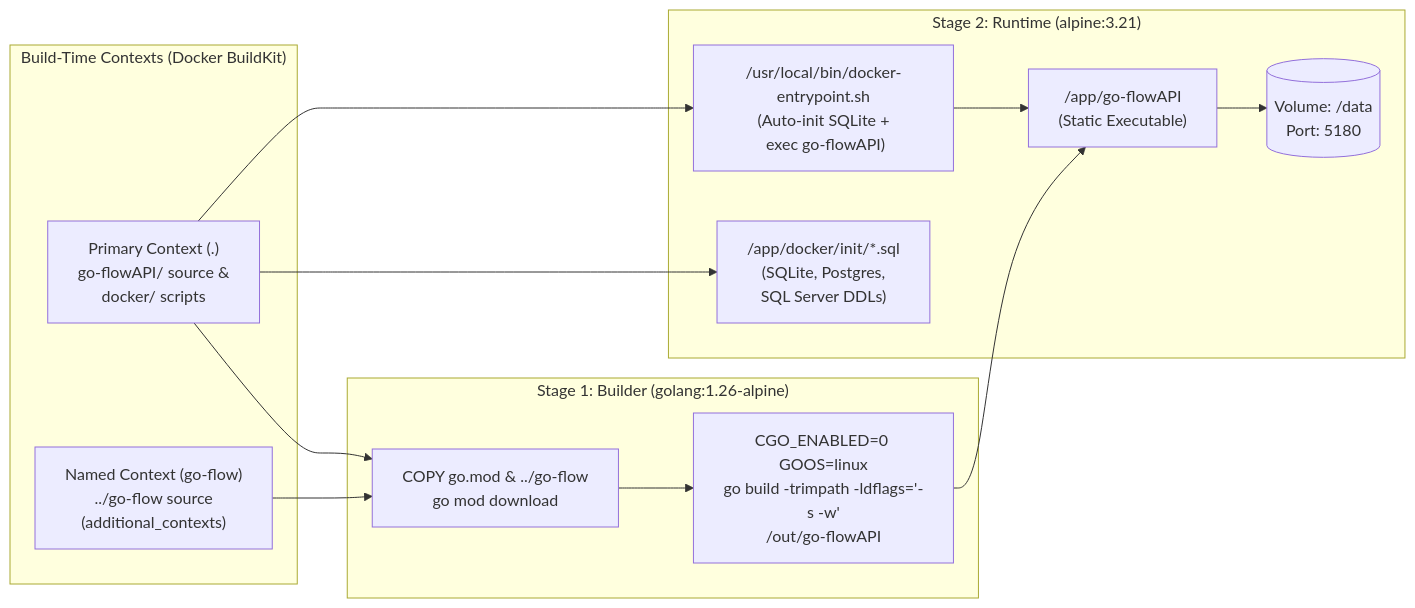
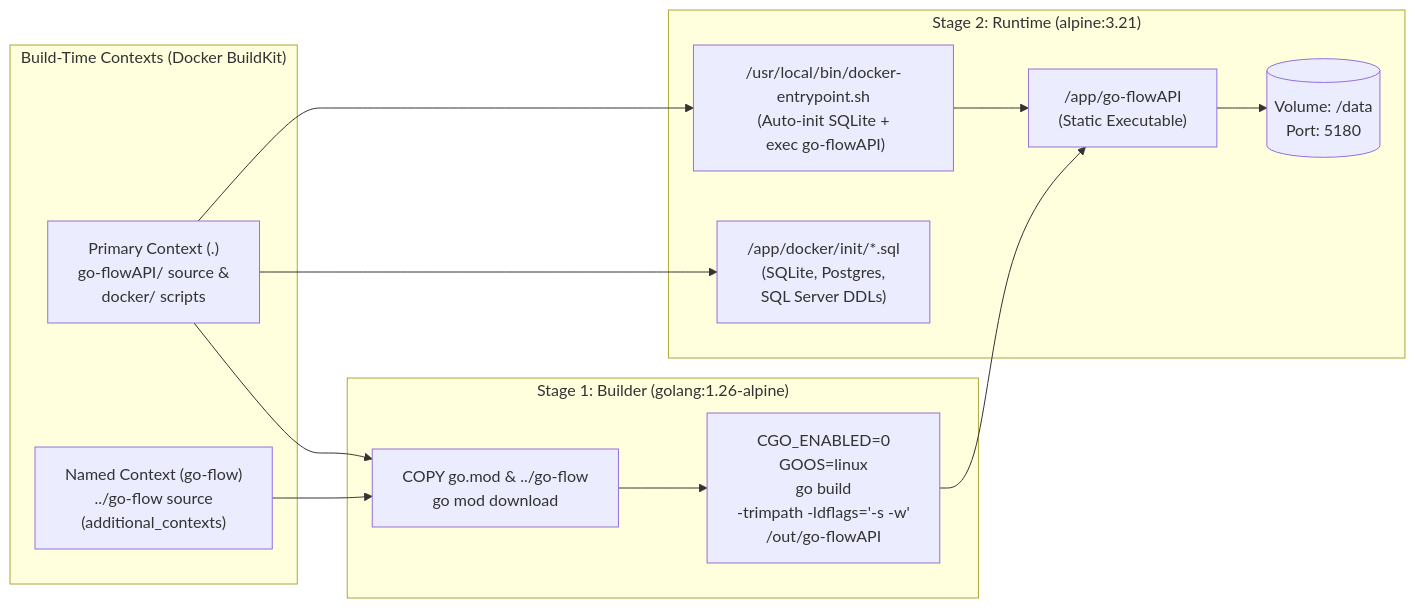
Before and after one commit to etl-madness/flow-docs: the first of 3 diagrams in docs/guides/API_DOCKER_DEPLOYMENT_GUIDE.md, drawn with Mermaid. The commit also changed other lines of this file and 1 other file, not shown here.

Commit message:
feat: git pages, mermaid graph cleanup v3

````diff
--- a/docs/guides/API_DOCKER_DEPLOYMENT_GUIDE.md
+++ b/docs/guides/API_DOCKER_DEPLOYMENT_GUIDE.md
@@ -62,26 +62,26 @@
 ```mermaid
 flowchart LR
     subgraph Contexts["Build-Time Contexts (Docker BuildKit)"]
         CTX_MAIN["Primary Context (.)<br/>go-flowAPI/ source &amp;<br/> docker/ scripts"]
         CTX_GFLOW["Named Context (go-flow)<br/>../go-flow source <br/>(additional_contexts)"]
     end
 
     subgraph Stage1["Stage 1: Builder (golang:1.26-alpine)"]
         MOD["COPY go.mod &amp; ../go-flow<br/>go mod download"]
-        BUILD["CGO_ENABLED=0 GOOS=linux<br/>go build -trimpath -ldflags='-s -w'<br/>/out/go-flowAPI"]
+        BUILD["CGO_ENABLED=0 <br/>GOOS=linux<br/>go build <br/>-trimpath -ldflags='-s -w'<br/>/out/go-flowAPI"]
         MOD --> BUILD
     end
 
     subgraph Stage2["Stage 2: Runtime (alpine:3.21)"]
         BIN["/app/go-flowAPI<br/>(Static Executable)"]
         INIT["/app/docker/init/*.sql<br/>(SQLite, Postgres,<br/> SQL Server DDLs)"]
         ENTRY["/usr/local/bin/docker-entrypoint.sh<br/>(Auto-init SQLite +<br/> exec go-flowAPI)"]
         VOL[("Volume: /data<br/>Port: 5180")]
     end
 
     CTX_MAIN & CTX_GFLOW --> MOD
     BUILD --> BIN
     CTX_MAIN --> INIT & ENTRY
     ENTRY --> BIN
     BIN --> VOL
 ```
````
